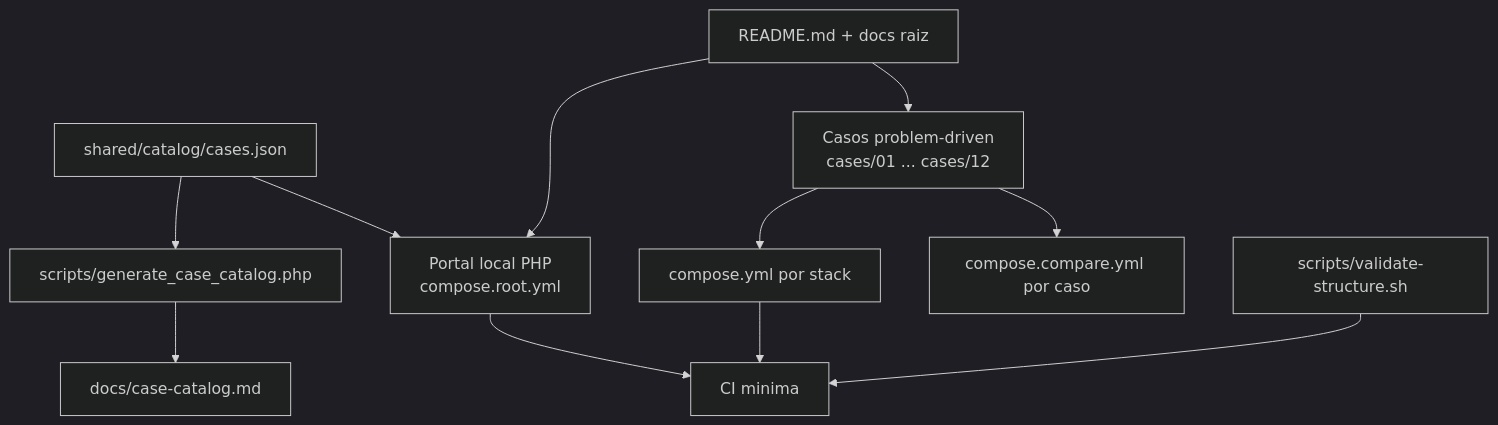
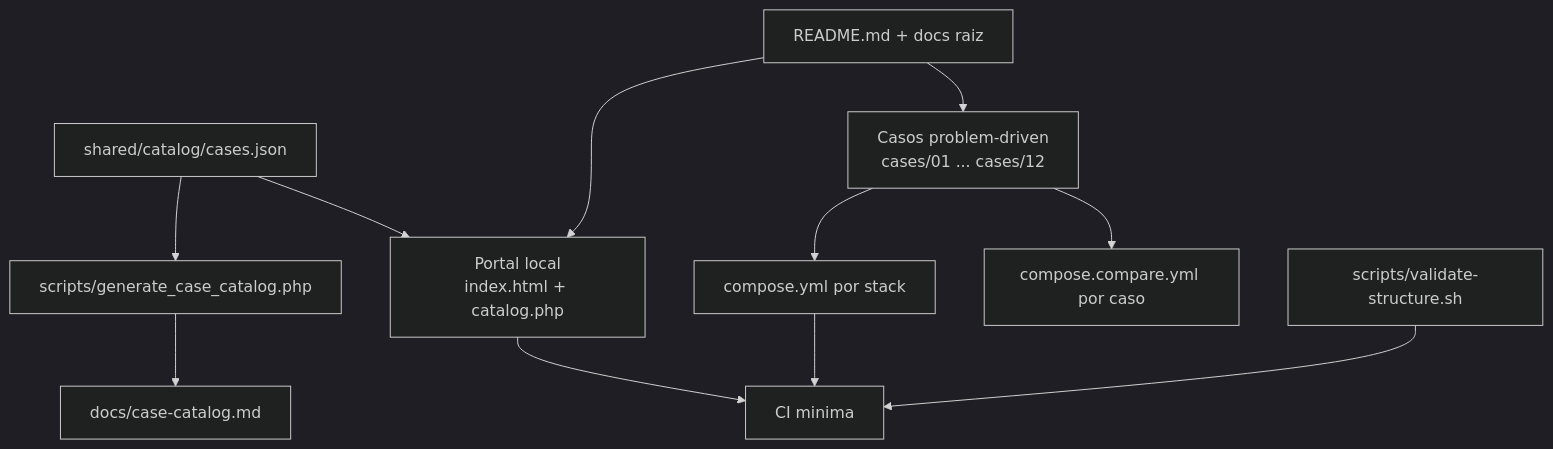
The diagram in ARCHITECTURE.md (vladimiracunadev-create/problem-driven-systems-lab), drawn with Mermaid (dark theme) before and after one commit. The commit also changed other lines of this file and 10 other files, not shown here.

````diff
--- a/ARCHITECTURE.md
+++ b/ARCHITECTURE.md
@@ -18,13 +18,13 @@
 ```mermaid
 flowchart TD
-    A["README.md + docs raiz"] --> B["Portal local PHP<br/>compose.root.yml"]
+    A["README.md + docs raiz"] --> B["Portal local<br/>index.html + catalog.php"]
     A --> C["Casos problem-driven<br/>cases/01 ... cases/12"]
     D["shared/catalog/cases.json"] --> B
     D --> E["scripts/generate_case_catalog.php"]
     E --> F["docs/case-catalog.md"]
     C --> G["compose.yml por stack"]
     C --> H["compose.compare.yml por caso"]
     I["scripts/validate-structure.sh"] --> J["CI minima"]
     G --> J
     B --> J
 ```
````
